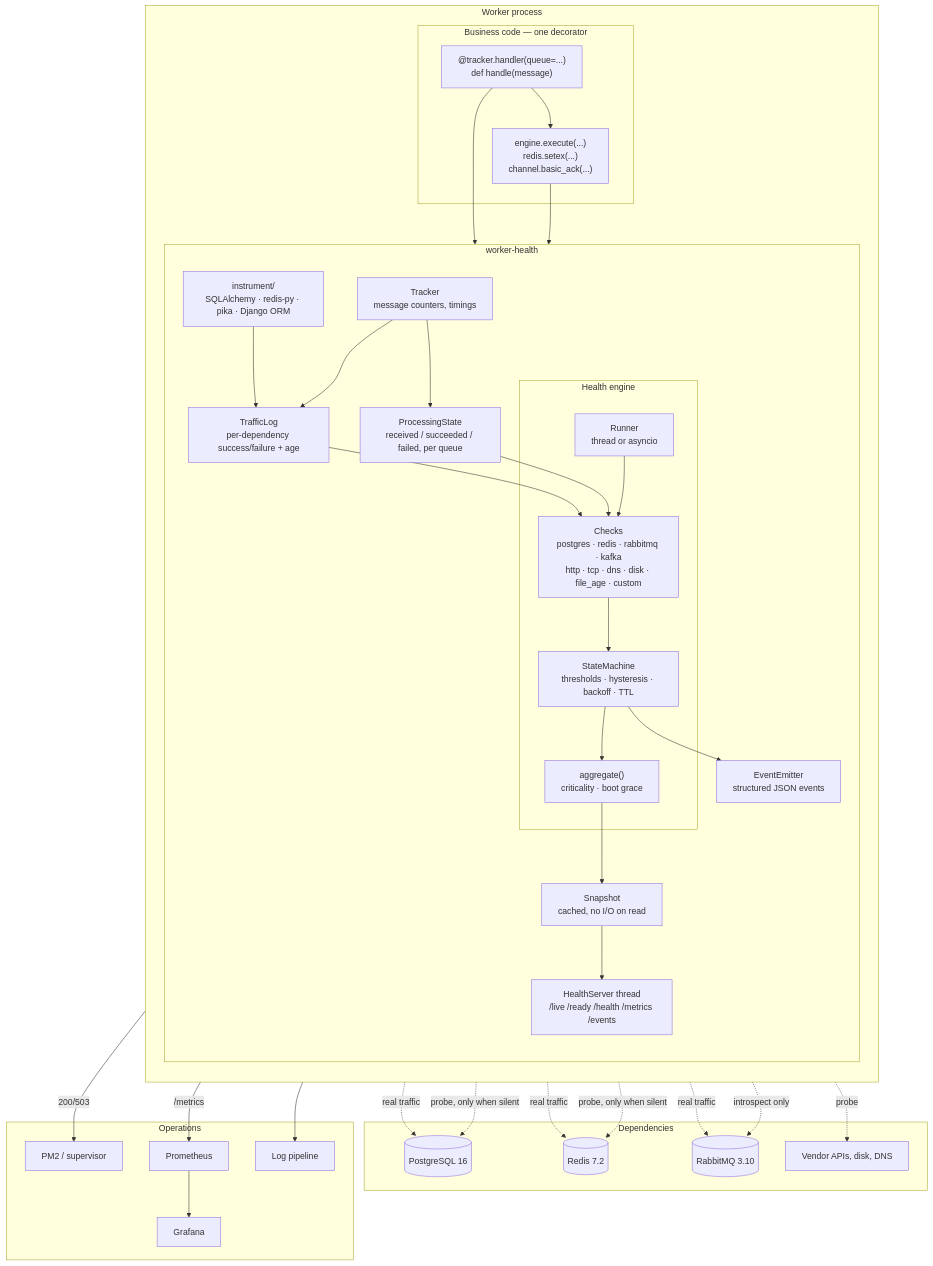
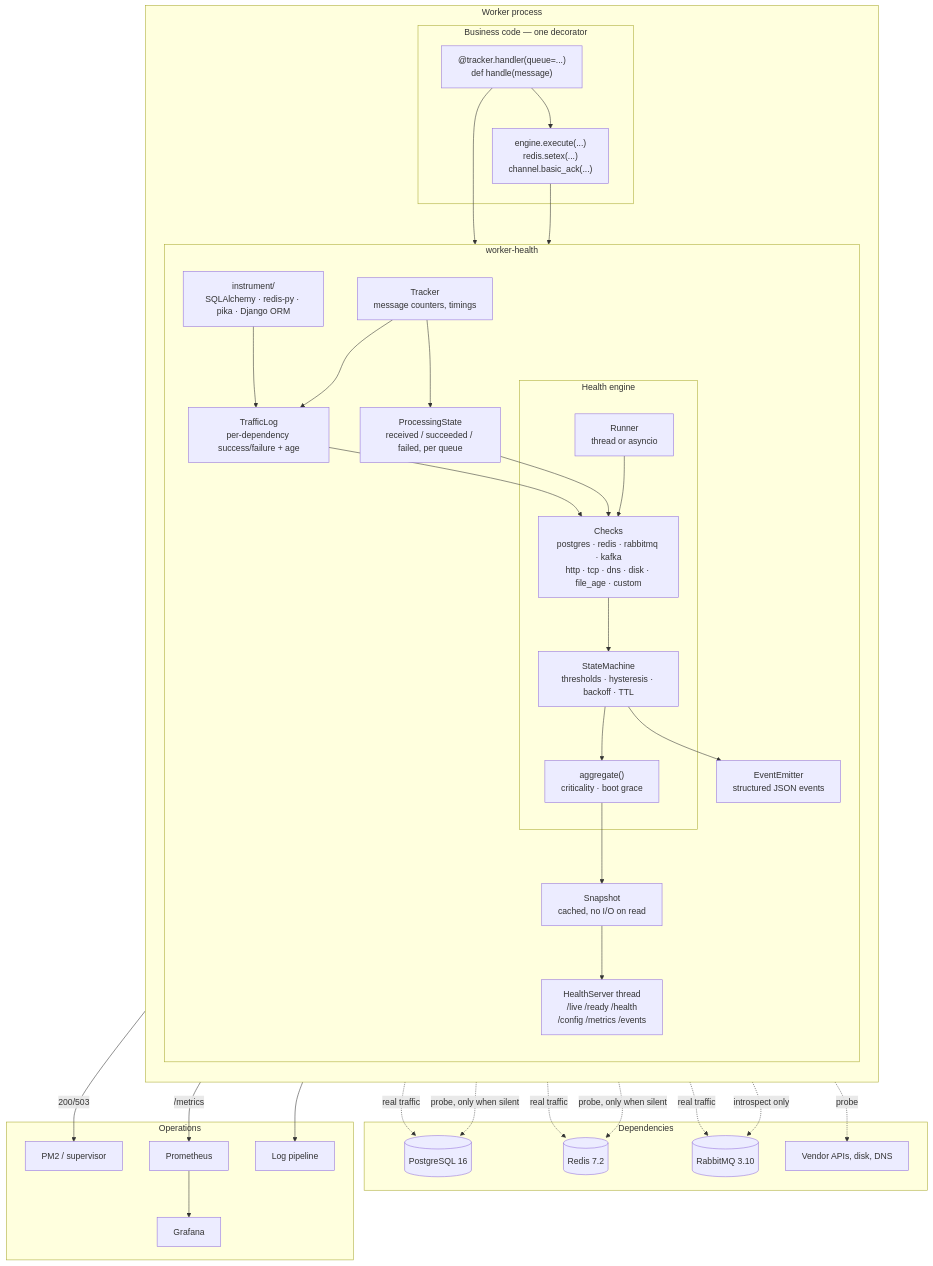
The second of 15 diagrams in docs/ARCHITECTURE.md (3dwag98/health-mon), drawn with Mermaid before and after one commit. The commit also changed 9 other files, not shown here.

````diff
--- a/docs/ARCHITECTURE.md
+++ b/docs/ARCHITECTURE.md
@@ -72,70 +72,70 @@
 ```mermaid
 flowchart TB
     subgraph Worker["Worker process"]
         direction TB
 
         subgraph Business["Business code — one decorator"]
             H["@tracker.handler(queue=...)<br/>def handle(message)"]
             Q["engine.execute(...)<br/>redis.setex(...)<br/>channel.basic_ack(...)"]
         end
 
         subgraph SDK["worker-health"]
             direction TB
             TR["Tracker<br/>message counters, timings"]
             IN["instrument/<br/>SQLAlchemy · redis-py · pika · Django ORM"]
             TL["TrafficLog<br/>per-dependency success/failure + age"]
             PS["ProcessingState<br/>received / succeeded / failed, per queue"]
 
             subgraph Engine["Health engine"]
                 RUN["Runner<br/>thread or asyncio"]
                 CH["Checks<br/>postgres · redis · rabbitmq · kafka<br/>http · tcp · dns · disk · file_age · custom"]
                 SM["StateMachine<br/>thresholds · hysteresis · backoff · TTL"]
                 AGG["aggregate()<br/>criticality · boot grace"]
             end
 
             SNAP["Snapshot<br/>cached, no I/O on read"]
-            HTTP["HealthServer thread<br/>/live /ready /health /metrics /events"]
+            HTTP["HealthServer thread<br/>/live /ready /health<br/>/config /metrics /events"]
             EV["EventEmitter<br/>structured JSON events"]
         end
     end
 
     subgraph Deps["Dependencies"]
         PG[("PostgreSQL 16")]
         RD[("Redis 7.2")]
         MQ[("RabbitMQ 3.10")]
         EXT["Vendor APIs, disk, DNS"]
     end
 
     subgraph Ops["Operations"]
         PM2["PM2 / supervisor"]
         PROM["Prometheus"]
         GRAF["Grafana"]
         LOGS["Log pipeline"]
     end
 
     H --> TR
     H --> Q
     Q --> IN
     IN --> TL
     TR --> PS
     TR --> TL
 
     Q -.real traffic.-> PG
     Q -.real traffic.-> RD
     Q -.real traffic.-> MQ
 
     TL --> CH
     PS --> CH
     RUN --> CH
     CH -.probe, only when silent.-> PG
     CH -.probe, only when silent.-> RD
     CH -.introspect only.-> MQ
     CH -.probe.-> EXT
     CH --> SM --> AGG --> SNAP
     SNAP --> HTTP
     SM --> EV
 
     HTTP -->|"200/503"| PM2
     HTTP -->|"/metrics"| PROM --> GRAF
     EV --> LOGS
 ```
````
